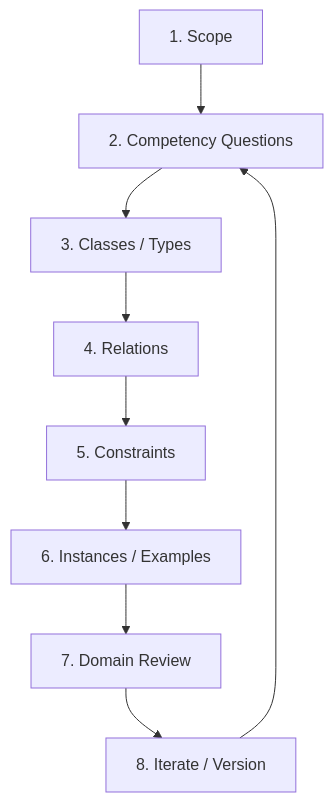
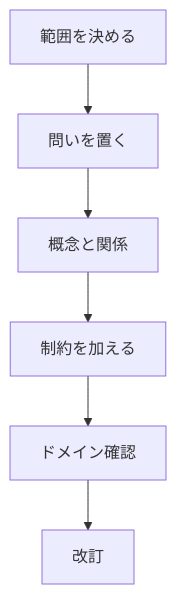
The sixth of 8 diagrams in src/content/blog/ontology-concept.mdx (daylight55/research), drawn with Mermaid before and after one commit. The commit also changed other lines of this file and 20 other files, not shown here.

Commit message:
Mermaid図の表示サイズを調整

````diff
--- a/src/content/blog/ontology-concept.mdx
+++ b/src/content/blog/ontology-concept.mdx
@@ -312,11 +305,8 @@
 ```mermaid
 flowchart TD
-  Scope["1. Scope"] --> CQ["2. Competency Questions"]
-  CQ --> Classes["3. Classes / Types"]
-  Classes --> Relations["4. Relations"]
-  Relations --> Constraints["5. Constraints"]
-  Constraints --> Instances["6. Instances / Examples"]
-  Instances --> Review["7. Domain Review"]
-  Review --> Iterate["8. Iterate / Version"]
-  Iterate --> CQ
+  Scope["範囲を決める"] --> CQ["問いを置く"]
+  CQ --> Model["概念と関係"]
+  Model --> Rule["制約を加える"]
+  Rule --> Review["ドメイン確認"]
+  Review --> Iterate["改訂"]
 ```
````
